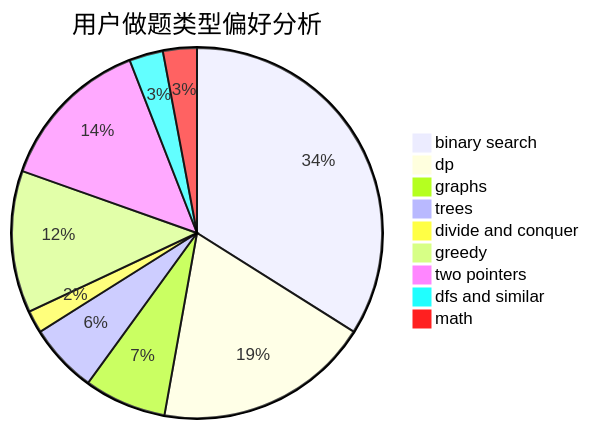
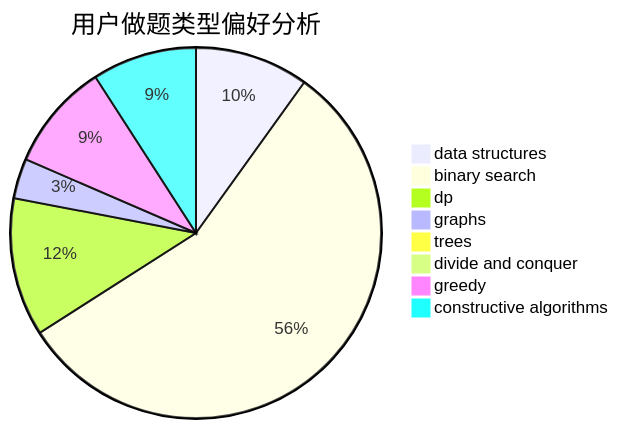
One commit to sherpahu/cfrs.github.io changed the second of 3 diagrams in docs/user/u1852.md. Above: the diagram before and after it, drawn with Mermaid. The commit also changed other lines of this file and 2775 other files, not shown here.

````diff
--- a/docs/user/u1852.md
+++ b/docs/user/u1852.md
@@ -23,12 +23,11 @@
 ```mermaid
 pie title 用户做题类型偏好分析
-    "binary search" :  241
-    "dp" :  134
-    "graphs" :  51
-    "trees" :  43
-    "divide and conquer" :  14
-    "greedy" :  88
-    "two pointers" :  97
-    "dfs and similar" :  21
-    "math" :  21
+    "data structures" :  37
+    "binary search" :  209
+    "dp" :  45
+    "graphs" :  13
+    "trees" :  3
+    "divide and conquer" :  0
+    "greedy" :  35
+    "constructive algorithms" :  34
 ```
````
